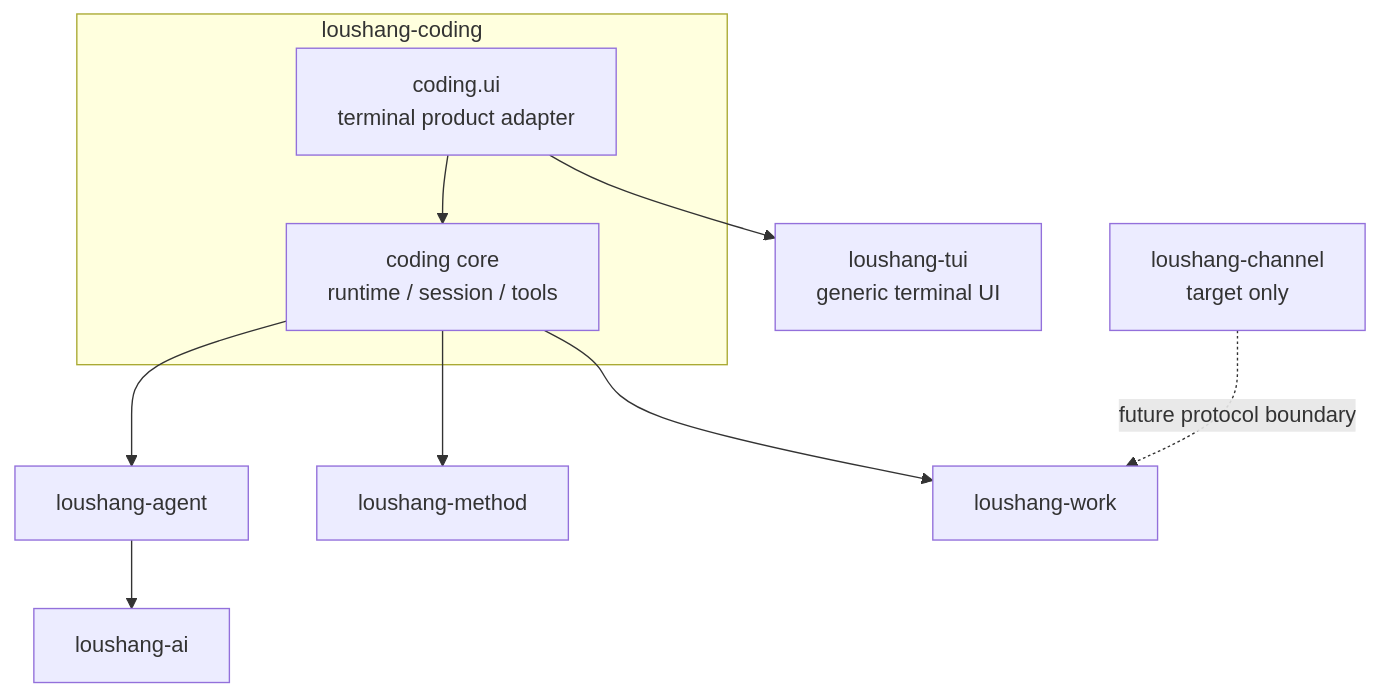
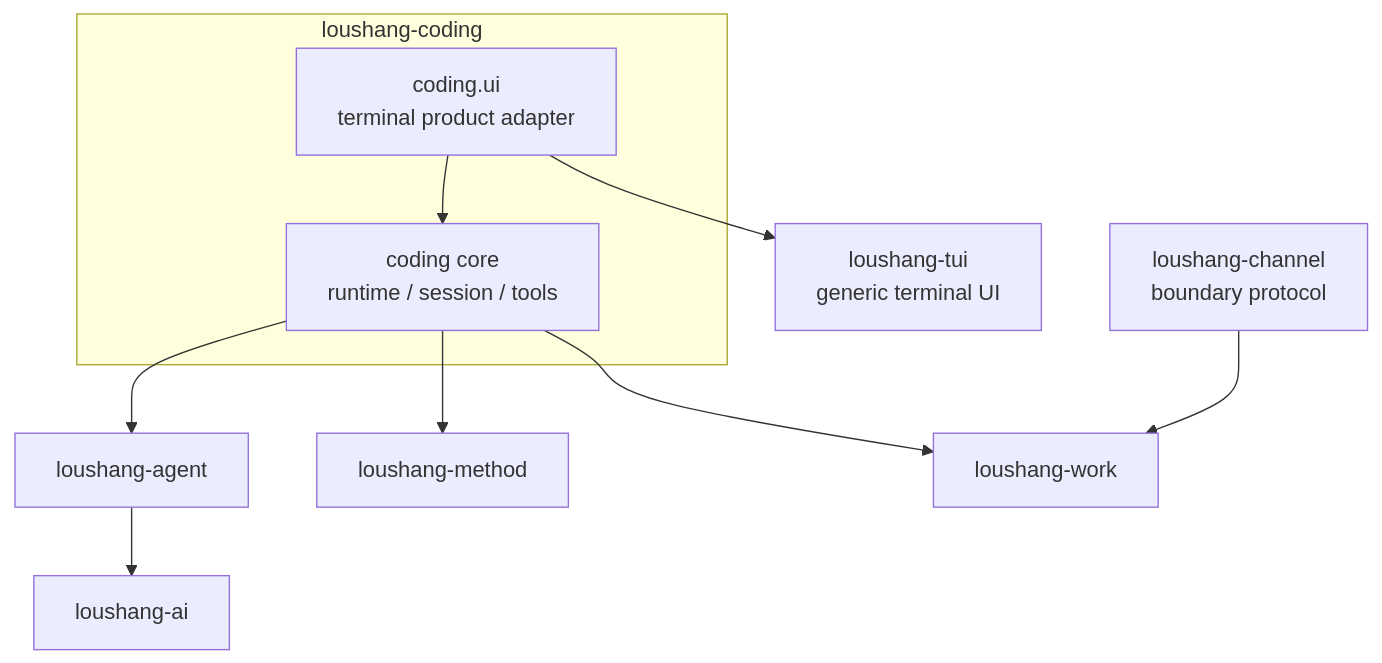
The diagram in docs/internals/architecture/subsystem-diagram.md (wrongbutworks/loushang), drawn with Mermaid before and after one commit. The commit also changed other lines of this file and 7 other files, not shown here.

Commit message:
feat(channel): add boundary envelope types

````diff
--- a/docs/internals/architecture/subsystem-diagram.md
+++ b/docs/internals/architecture/subsystem-diagram.md
@@ -8,24 +8,24 @@
 ```mermaid
 graph TD
     AI[loushang-ai]
     AGENT[loushang-agent]
     METHOD[loushang-method]
     WORK[loushang-work]
     TUI[loushang-tui<br/>generic terminal UI]
-    CHANNEL[loushang-channel<br/>target only]
+    CHANNEL[loushang-channel<br/>boundary protocol]
 
     subgraph CODING[loushang-coding]
         CODING_CORE[coding core<br/>runtime / session / tools]
         CODING_UI[coding.ui<br/>terminal product adapter]
     end
 
     AGENT --> AI
     CODING_CORE --> AGENT
     CODING_CORE --> METHOD
     CODING_CORE --> WORK
 
     CODING_UI --> CODING_CORE
     CODING_UI --> TUI
 
-    CHANNEL -. future protocol boundary .-> WORK
+    CHANNEL --> WORK
 ```
````
